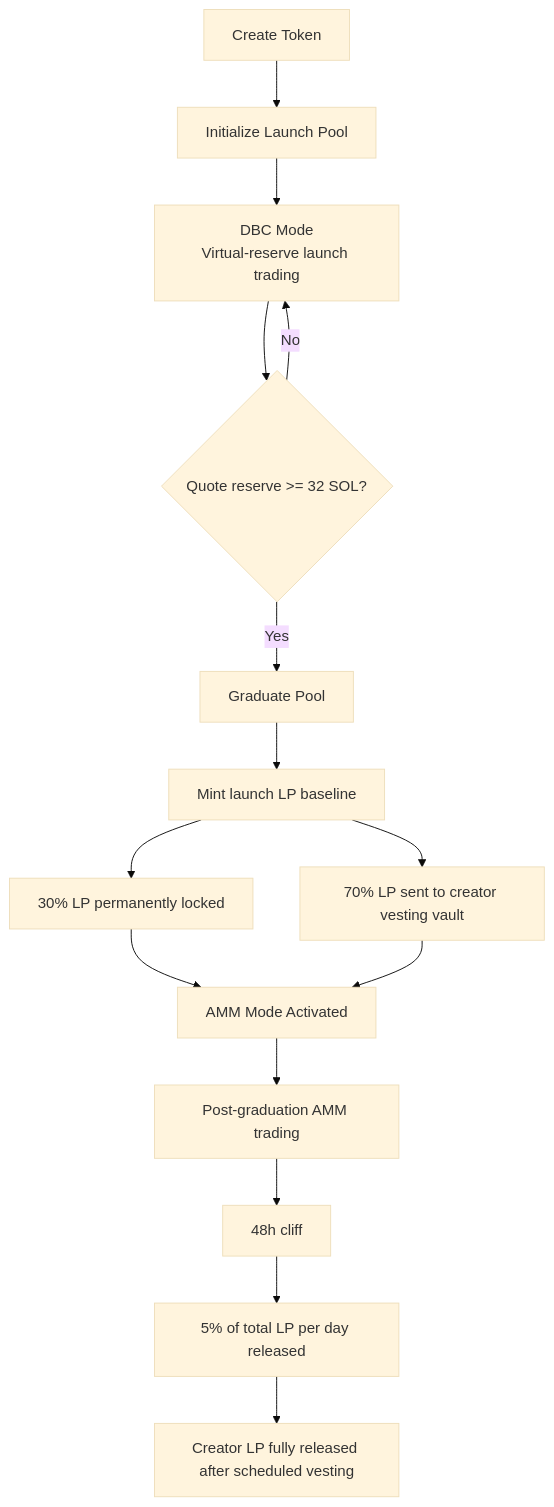
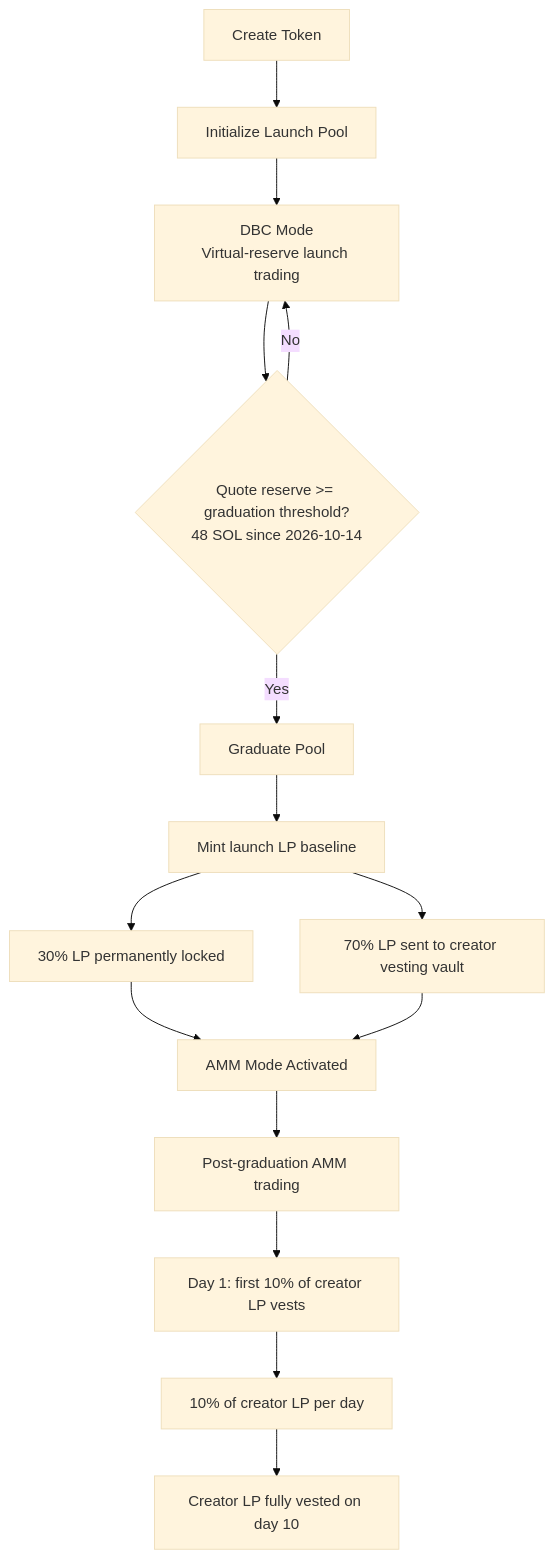
Before and after one commit to YeetLaunch/docs: the second of 7 diagrams in docs/YEETLAUNCH_POWERED_BY_YEETAMM_WHITEPAPER.md, drawn with Mermaid (base theme). The commit also changed other lines of this file and 4 other files, not shown here.

Commit message:
Whitepaper v1.7.2 replaces v1.4; routing guide v3 (side orientation, no decay, 10-day vesting, threshold cohorts)

````diff
--- a/docs/YEETLAUNCH_POWERED_BY_YEETAMM_WHITEPAPER.md
+++ b/docs/YEETLAUNCH_POWERED_BY_YEETAMM_WHITEPAPER.md
@@ -190,17 +226,17 @@
 ```mermaid
 flowchart TD
     A[Create Token] --> B[Initialize Launch Pool]
     B --> C[DBC Mode<br/>Virtual-reserve launch trading]
-    C --> D{Quote reserve >= 32 SOL?}
+    C --> D{Quote reserve >= graduation threshold?<br/>48 SOL since 2026-10-14}
     D -- No --> C
     D -- Yes --> E[Graduate Pool]
     E --> F[Mint launch LP baseline]
     F --> G[30% LP permanently locked]
     F --> H[70% LP sent to creator vesting vault]
     G --> I[AMM Mode Activated]
     H --> I
     I --> J[Post-graduation AMM trading]
-    J --> K[48h cliff]
-    K --> L[5% of total LP per day released]
-    L --> M[Creator LP fully released after scheduled vesting]
+    J --> K[Day 1: first 10% of creator LP vests]
+    K --> L[10% of creator LP per day]
+    L --> M[Creator LP fully vested on day 10]
 ```
````
